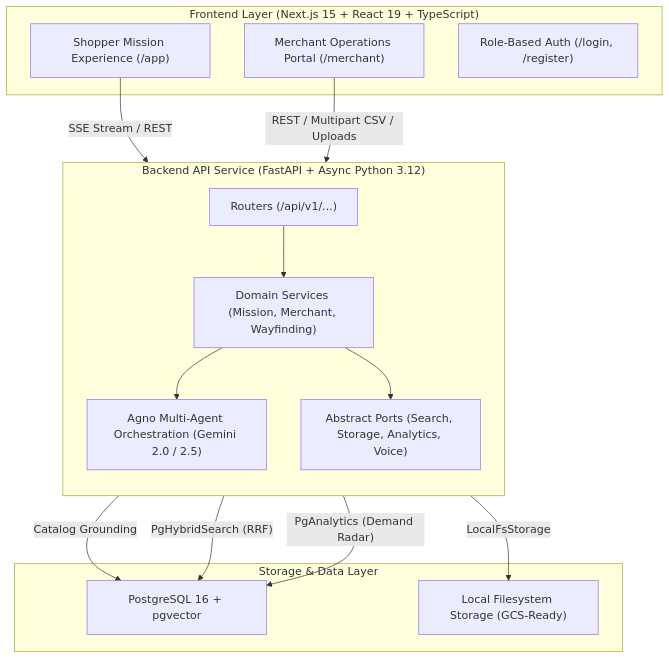
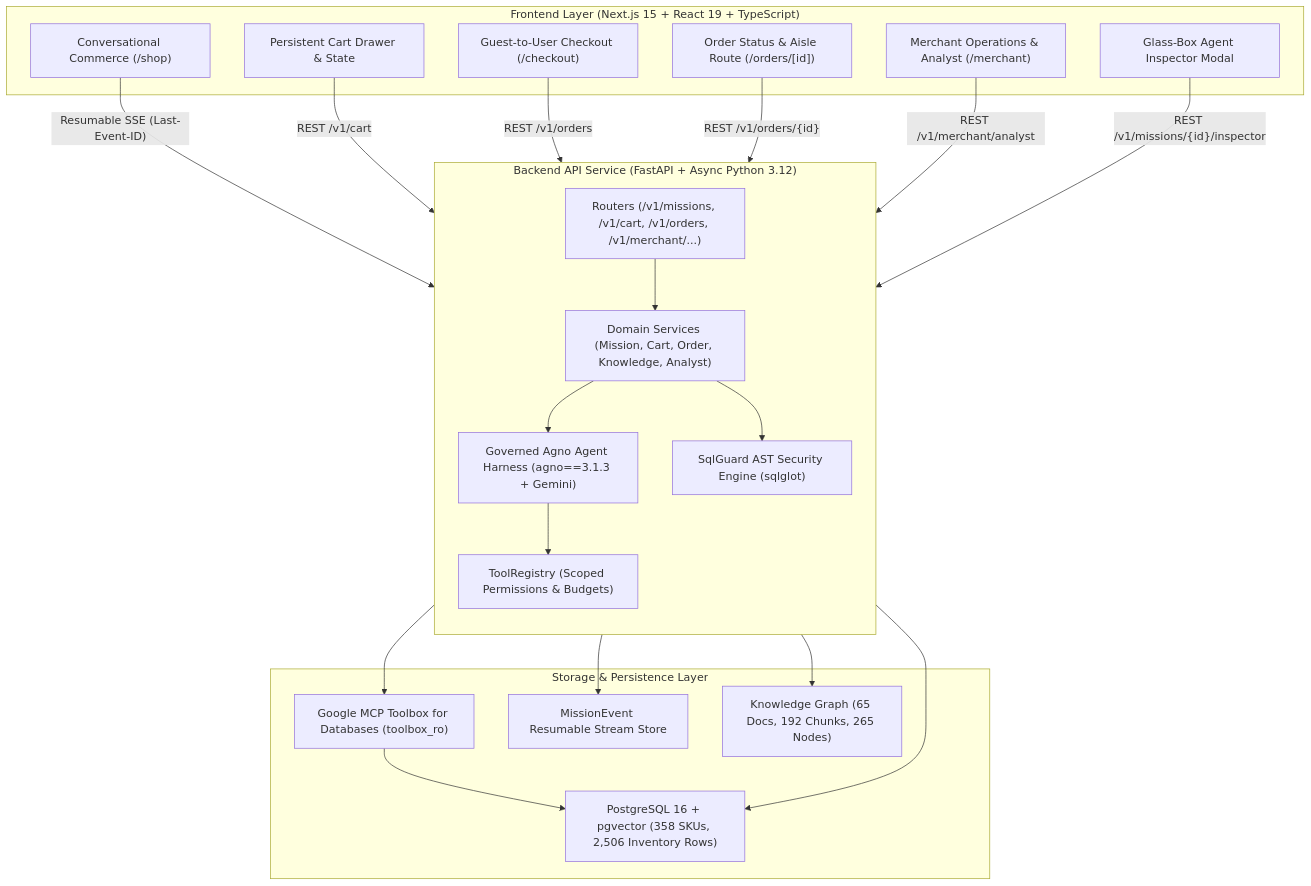
Before and after one commit to bhanushakya2004/OmniAgent: the first of 5 diagrams in docs/ARCHITECTURE.md, drawn with Mermaid. The commit also changed other lines of this file and 3 other files, not shown here.

First line of the commit message:
docs: release v0.2.0 documentation, architecture sequence diagrams, and changelog

````diff
--- a/docs/ARCHITECTURE.md
+++ b/docs/ARCHITECTURE.md
@@ -9,31 +9,44 @@
 ```mermaid
 flowchart TB
     subgraph ClientLayer["Frontend Layer (Next.js 15 + React 19 + TypeScript)"]
-        ShopperUI["Shopper Mission Experience (/app)"]
-        MerchantUI["Merchant Operations Portal (/merchant)"]
-        AuthUI["Role-Based Auth (/login, /register)"]
+        ShopperShop["Conversational Commerce (/shop)"]
+        CartSlideOver["Persistent Cart Drawer & State"]
+        CheckoutPage["Guest-to-User Checkout (/checkout)"]
+        OrdersPage["Order Status & Aisle Route (/orders/[id])"]
+        MerchantPortal["Merchant Operations & Analyst (/merchant)"]
+        InspectorModal["Glass-Box Agent Inspector Modal"]
     end
 
     subgraph APILayer["Backend API Service (FastAPI + Async Python 3.12)"]
         direction TB
-        Routers["Routers (/api/v1/...)"]
-        Services["Domain Services (Mission, Merchant, Wayfinding)"]
-        Agents["Agno Multi-Agent Orchestration (Gemini 2.0 / 2.5)"]
-        Ports["Abstract Ports (Search, Storage, Analytics, Voice)"]
+        Routers["Routers (/v1/missions, /v1/cart, /v1/orders, /v1/merchant/...)"]
+        Services["Domain Services (Mission, Cart, Order, Knowledge, Analyst)"]
+        Agents["Governed Agno Agent Harness (agno==3.1.3 + Gemini)"]
+        ToolRegistry["ToolRegistry (Scoped Permissions & Budgets)"]
+        SqlGuard["SqlGuard AST Security Engine (sqlglot)"]
     end
 
-    subgraph DataLayer["Storage & Data Layer"]
-        PG["PostgreSQL 16 + pgvector"]
-        LocalFS["Local Filesystem Storage (GCS-Ready)"]
+    subgraph ToolboxAndData["Storage & Persistence Layer"]
+        PG["PostgreSQL 16 + pgvector (358 SKUs, 2,506 Inventory Rows)"]
+        MCPToolbox["Google MCP Toolbox for Databases (toolbox_ro)"]
+        EventStore["MissionEvent Resumable Stream Store"]
+        KnowledgeGraph["Knowledge Graph (65 Docs, 192 Chunks, 265 Nodes)"]
     end
 
-    ShopperUI -->|"SSE Stream / REST"| Routers
-    MerchantUI -->|"REST / Multipart CSV / Uploads"| Routers
+    ShopperShop -->|"Resumable SSE (Last-Event-ID)"| Routers
+    CartSlideOver -->|"REST /v1/cart"| Routers
+    CheckoutPage -->|"REST /v1/orders"| Routers
+    OrdersPage -->|"REST /v1/orders/{id}"| Routers
+    MerchantPortal -->|"REST /v1/merchant/analyst"| Routers
+    InspectorModal -->|"REST /v1/missions/{id}/inspector"| Routers
+
     Routers --> Services
     Services --> Agents
-    Services --> Ports
-    Agents -->|"Catalog Grounding"| PG
-    Ports -->|"PgHybridSearch (RRF)"| PG
-    Ports -->|"PgAnalytics (Demand Radar)"| PG
-    Ports -->|"LocalFsStorage"| LocalFS
+    Agents --> ToolRegistry
+    ToolRegistry --> MCPToolbox
+    MCPToolbox --> PG
+    Services --> SqlGuard
+    SqlGuard --> PG
+    Services --> EventStore
+    Services --> KnowledgeGraph
 ```
````
